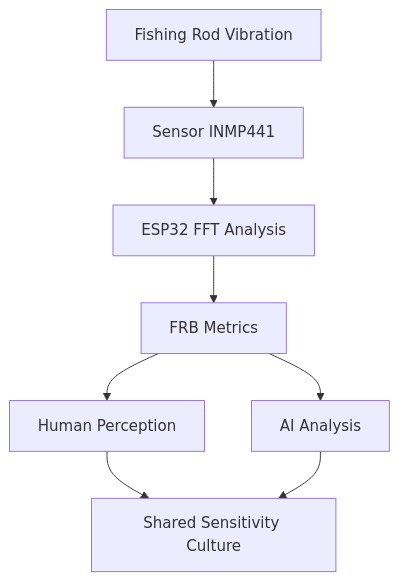
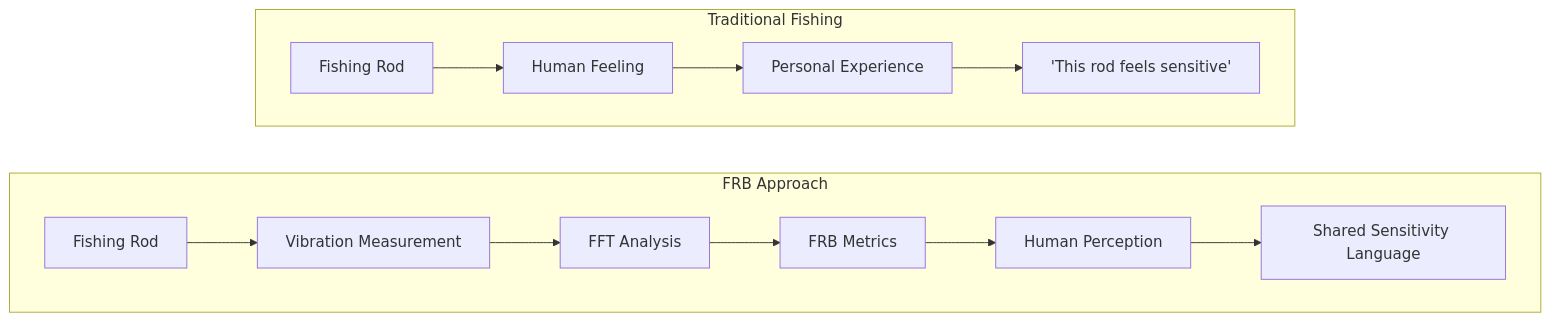
One commit to tamasub/FRB changed the third of 3 diagrams in README.md. Above: the diagram before and after it, drawn with Mermaid.

Commit message:
mermaid upd

````diff
--- a/README.md
+++ b/README.md
@@ -61,23 +66,21 @@
 ```mermaid
-flowchart TD
+flowchart LR
 
-A[Fishing Rod Vibration]
-B[Sensor INMP441]
-C[ESP32 FFT Analysis]
-D[FRB Metrics]
+subgraph FRB Approach
+direction LR
+E[Fishing Rod] --> F[Vibration Measurement]
+F --> G[FFT Analysis]
+G --> H[FRB Metrics]
+H --> I[Human Perception]
+I --> J[Shared Sensitivity Language]
+end
 
-E[Human Perception]
-F[AI Analysis]
+subgraph Traditional Fishing
+direction LR
+A[Fishing Rod] --> B[Human Feeling]
+B --> C[Personal Experience]
+C --> D["'This rod feels sensitive'"]
+end
 
-G[Shared Sensitivity Culture]
 
-A --> B
-B --> C
-C --> D
-
-D --> E
-D --> F
-
-E --> G
-F --> G
 ```
````
